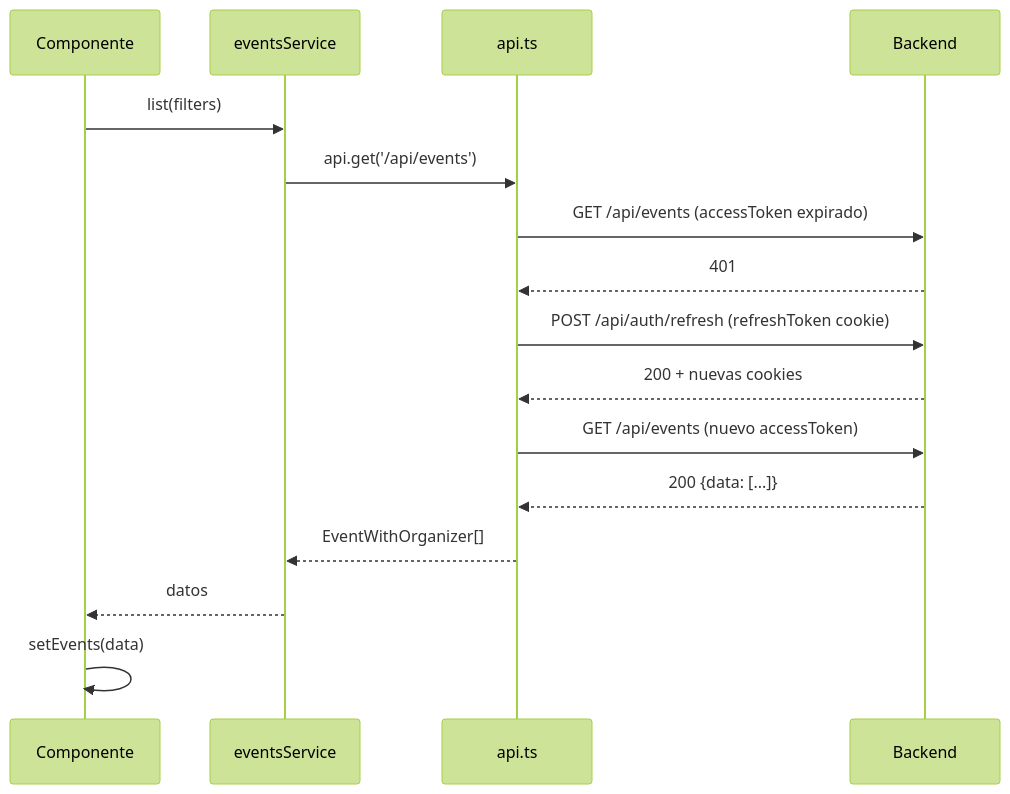
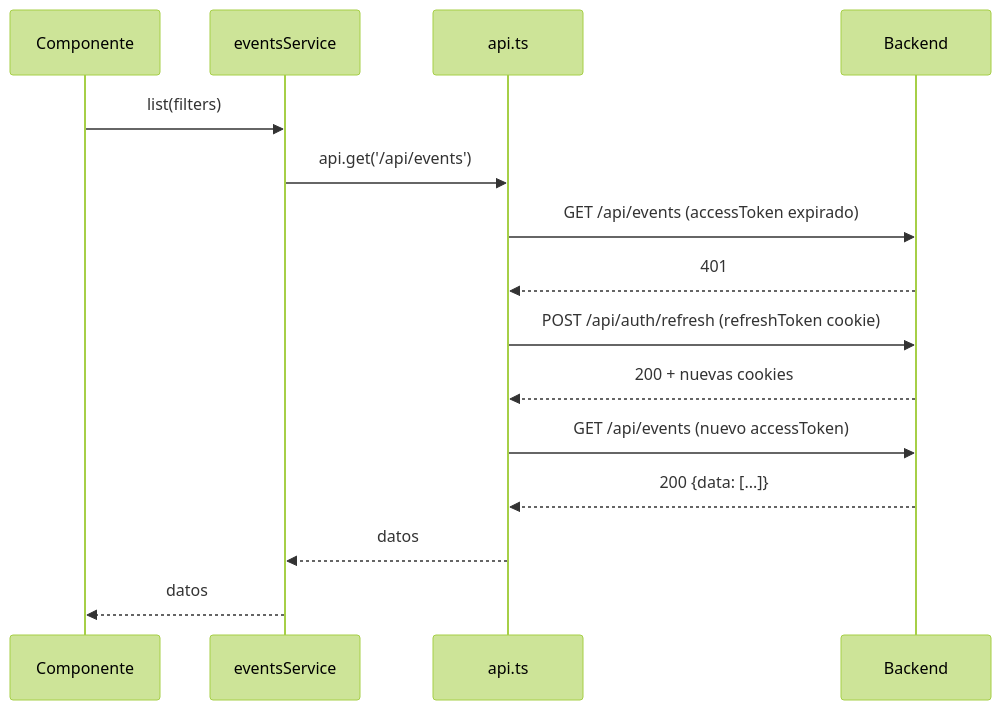
The diagram in docs/error-handling.md (BorjaZG/Convoca), drawn with Mermaid (forest theme) before and after one commit. The commit also changed other lines of this file and 9 other files, not shown here.

````diff
--- a/docs/error-handling.md
+++ b/docs/error-handling.md
@@ -199,19 +117,18 @@
 ```mermaid
 sequenceDiagram
     participant C as Componente
     participant SVC as eventsService
     participant API as api.ts
     participant BE as Backend
 
     C->>SVC: list(filters)
     SVC->>API: api.get('/api/events')
     API->>BE: GET /api/events (accessToken expirado)
     BE-->>API: 401
     API->>BE: POST /api/auth/refresh (refreshToken cookie)
     BE-->>API: 200 + nuevas cookies
     API->>BE: GET /api/events (nuevo accessToken)
     BE-->>API: 200 {data: [...]}
-    API-->>SVC: EventWithOrganizer[]
+    API-->>SVC: datos
     SVC-->>C: datos
-    C->>C: setEvents(data)
 ```
````
